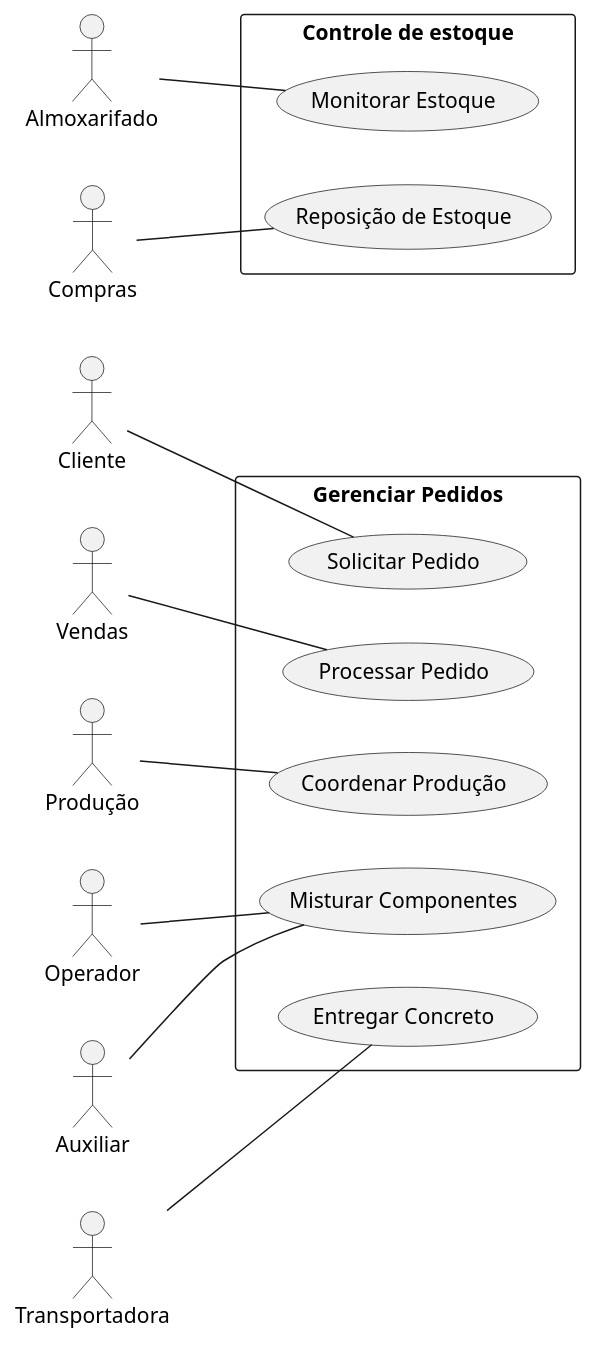
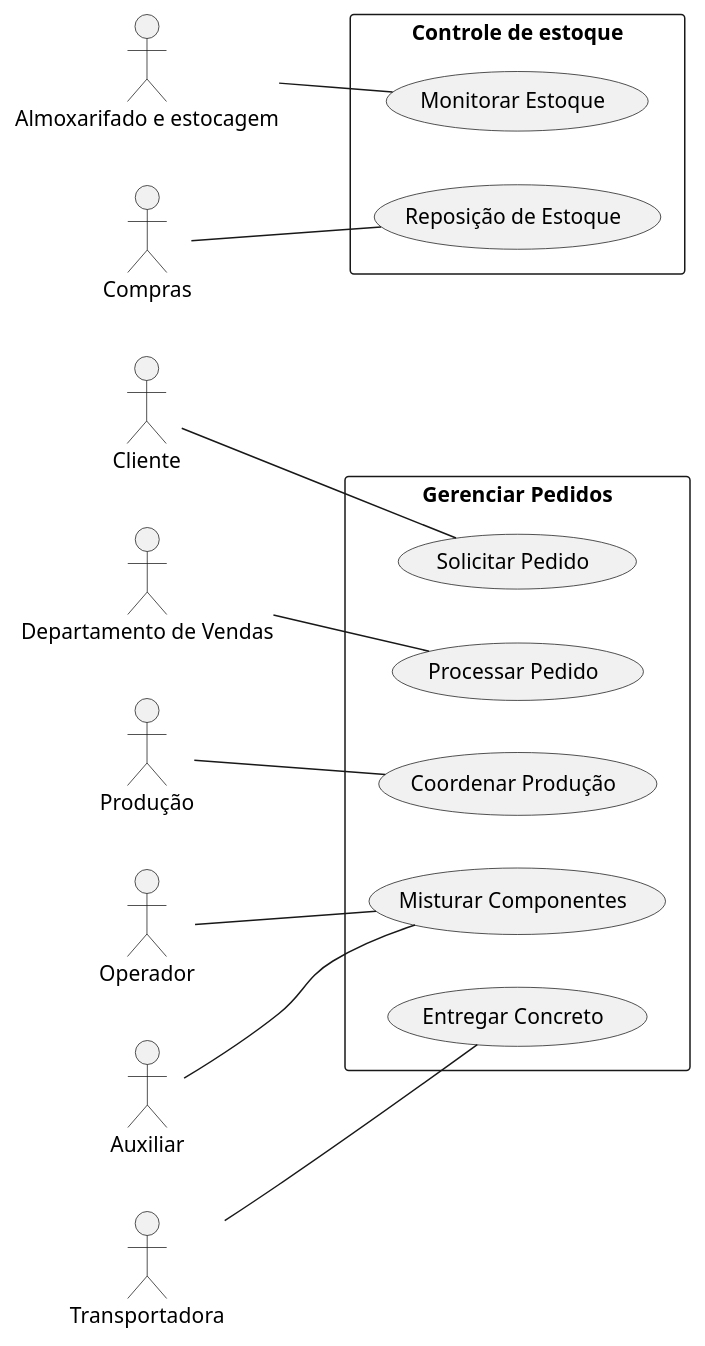
The diagram in projIndConc/Casos_de_uso.puml (LeonidasPedro/engenhariaDeSoftwareAII), drawn with PlantUML before and after one commit. The commit also changed 1 other file, not shown here.

```diff
--- a/projIndConc/Casos_de_uso.puml
+++ b/projIndConc/Casos_de_uso.puml
@@ -1,29 +1,29 @@
 @startuml
 
 left to right direction
 
 actor Cliente
-actor Vendas
-actor Produção
-actor Almoxarifado
+actor "Departamento de Vendas" as Vendas
+actor "Produção"
+actor "Almoxarifado e estocagem" as Almoxarifado
 actor Compras
 actor Operador
 actor Auxiliar
 actor Transportadora
 
 rectangle "Gerenciar Pedidos" {
   Cliente -- (Solicitar Pedido)
   Vendas -- (Processar Pedido)
   Produção -- (Coordenar Produção)
   Operador -- (Misturar Componentes)
   Auxiliar -- (Misturar Componentes)
   Transportadora -- (Entregar Concreto)
 }
 
 rectangle "Controle de estoque" {
   Almoxarifado -- (Monitorar Estoque)
   Compras -- (Reposição de Estoque)
 }
 
 
 @enduml
```
